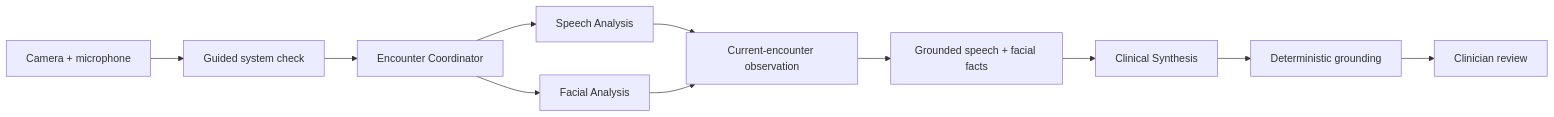
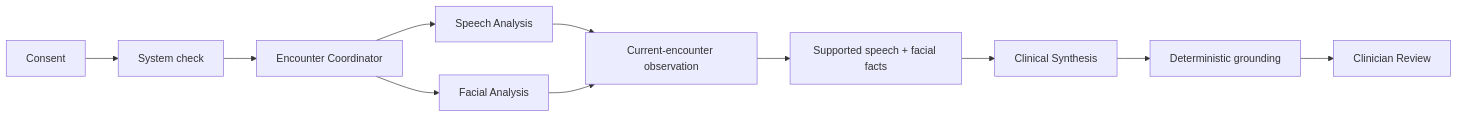
The diagram in README.md (logannye/neurotrax), drawn with Mermaid before and after one commit. The commit also changed other lines of this file, not shown here.

````diff
--- a/README.md
+++ b/README.md
@@ -67,13 +111,13 @@
 ```mermaid
 flowchart LR
-    DEVICES["Camera + microphone"] --> CHECK["Guided system check"]
-    CHECK --> CAPTURE["Encounter Coordinator"]
-    CAPTURE --> SPEECH["Speech Analysis"]
-    CAPTURE --> FACE["Facial Analysis"]
-    SPEECH --> OBS["Current-encounter observation"]
-    FACE --> OBS
-    OBS --> FACTS["Grounded speech + facial facts"]
-    FACTS --> SUMMARY["Clinical Synthesis"]
-    SUMMARY --> VALIDATE["Deterministic grounding"]
-    VALIDATE --> REVIEW["Clinician review"]
+    CONSENT["Consent"] --> CHECK["System check"]
+    CHECK --> COORDINATOR["Encounter Coordinator"]
+    COORDINATOR --> SPEECH["Speech Analysis"]
+    COORDINATOR --> FACE["Facial Analysis"]
+    SPEECH --> OBSERVATION["Current-encounter observation"]
+    FACE --> OBSERVATION
+    OBSERVATION --> FACTS["Supported speech + facial facts"]
+    FACTS --> SYNTHESIS["Clinical Synthesis"]
+    SYNTHESIS --> GROUNDING["Deterministic grounding"]
+    GROUNDING --> REVIEW["Clinician Review"]
 ```
````
